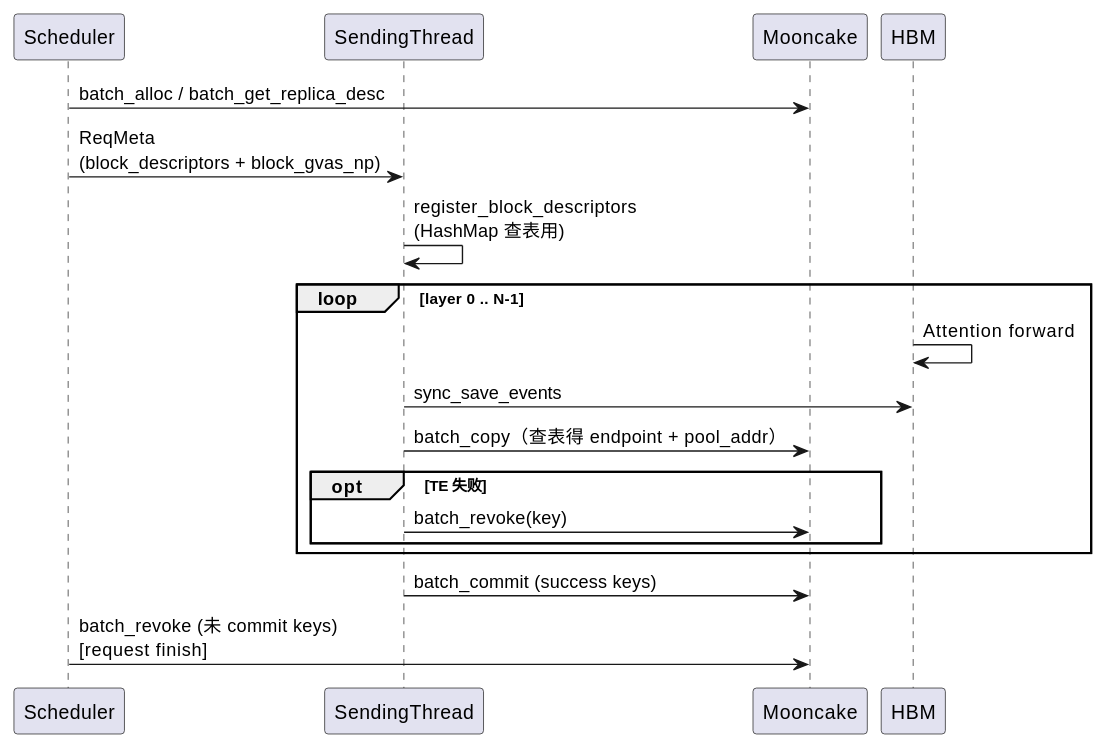
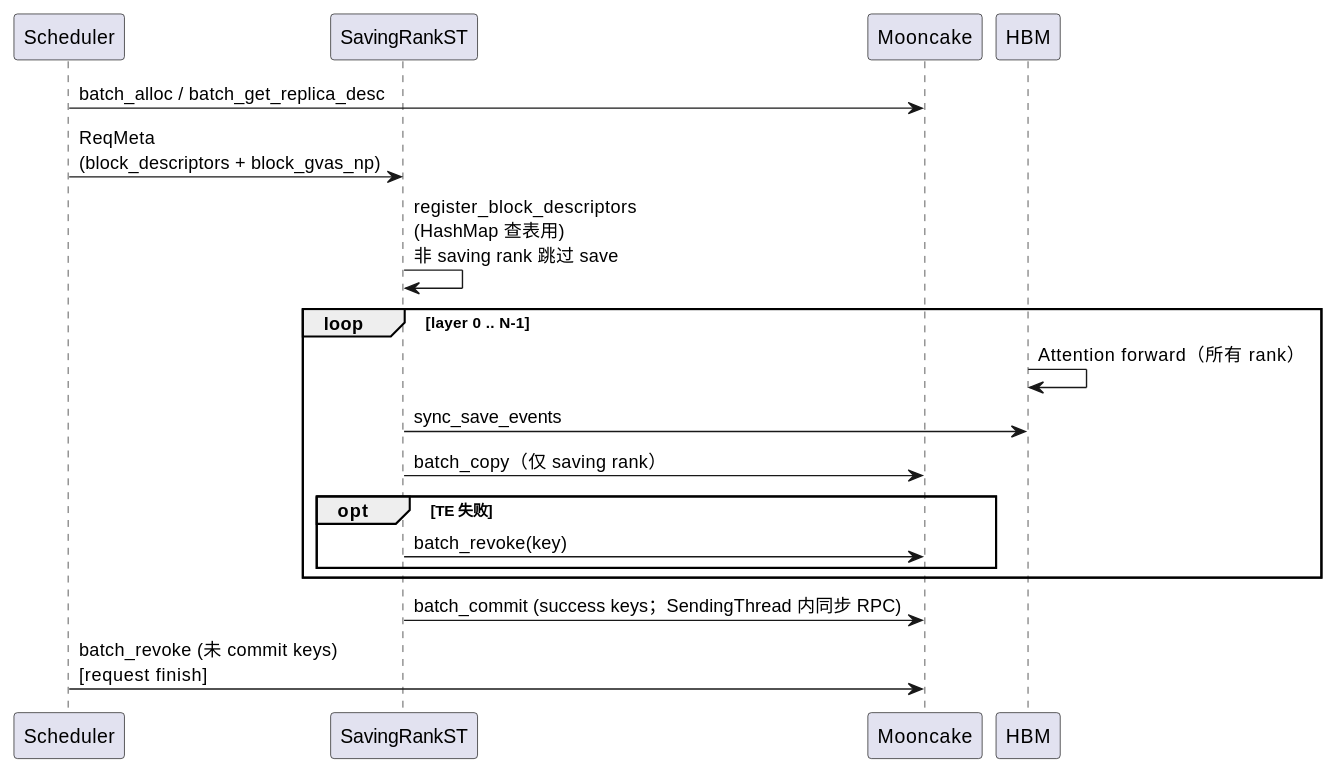
The sixth of 7 diagrams in features/kv-pool-layerwise-reuse/references/snapshots/design-mooncake-layerwise-gva-put.md (jiahaoliang/vllm-workspace), drawn with PlantUML before and after one commit. The commit also changed other lines of this file and 1 other file, not shown here.

Commit message:
docs: refresh Mooncake layerwise GVA design

````diff
--- a/features/kv-pool-layerwise-reuse/references/snapshots/design-mooncake-layerwise-gva-put.md
+++ b/features/kv-pool-layerwise-reuse/references/snapshots/design-mooncake-layerwise-gva-put.md
@@ -733,26 +795,26 @@
 ```plantuml
 @startuml
 skinparam shadowing false
 
 participant Scheduler
-participant SendingThread as ST
+participant SavingRankST as ST
 participant Mooncake
 participant HBM
 
 Scheduler -> Mooncake: batch_alloc / batch_get_replica_desc
 Scheduler -> ST: ReqMeta\n(block_descriptors + block_gvas_np)
-ST -> ST: register_block_descriptors\n(HashMap 查表用)
+ST -> ST: register_block_descriptors\n(HashMap 查表用)\n非 saving rank 跳过 save
 
 loop layer 0 .. N-1
-  HBM -> HBM: Attention forward
+  HBM -> HBM: Attention forward（所有 rank）
   ST -> HBM: sync_save_events
-  ST -> Mooncake: batch_copy（查表得 endpoint + pool_addr）
+  ST -> Mooncake: batch_copy（仅 saving rank）
   opt TE 失败
     ST -> Mooncake: batch_revoke(key)
   end
 end
 
-ST -> Mooncake: batch_commit (success keys)
+ST -> Mooncake: batch_commit (success keys；SendingThread 内同步 RPC)
 Scheduler -> Mooncake: batch_revoke (未 commit keys)\n[request finish]
 @enduml
 ```
````
